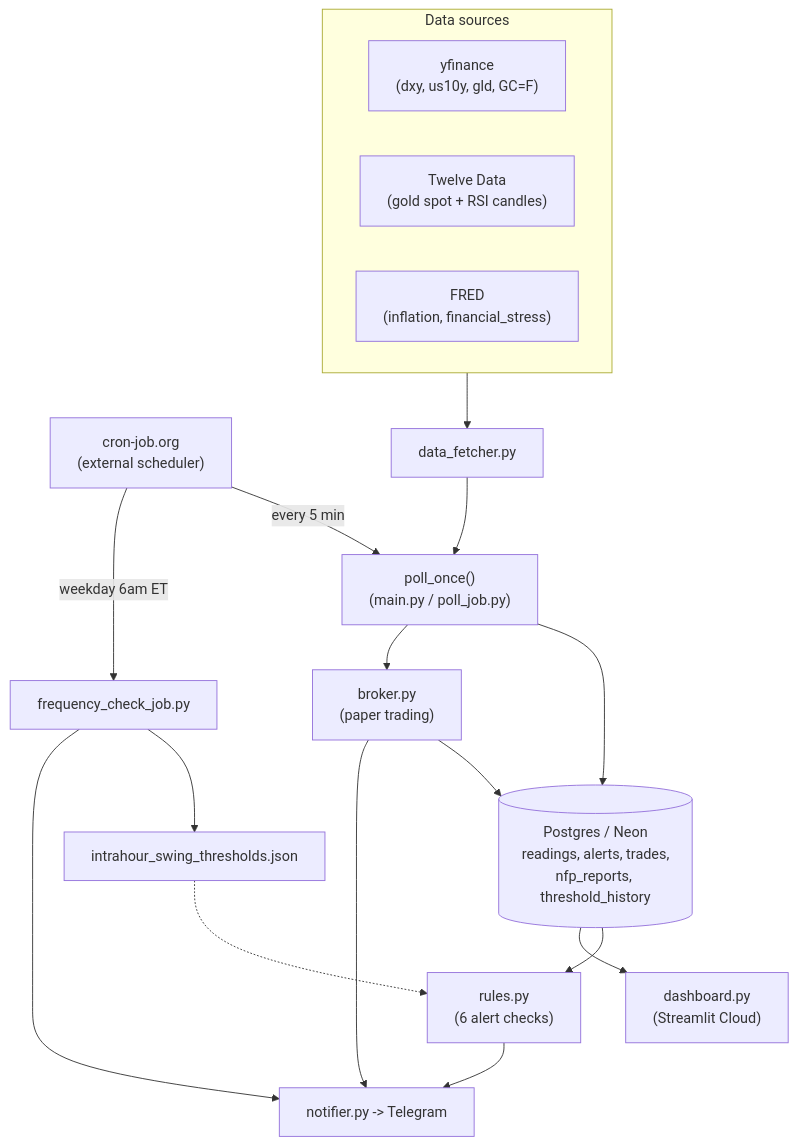
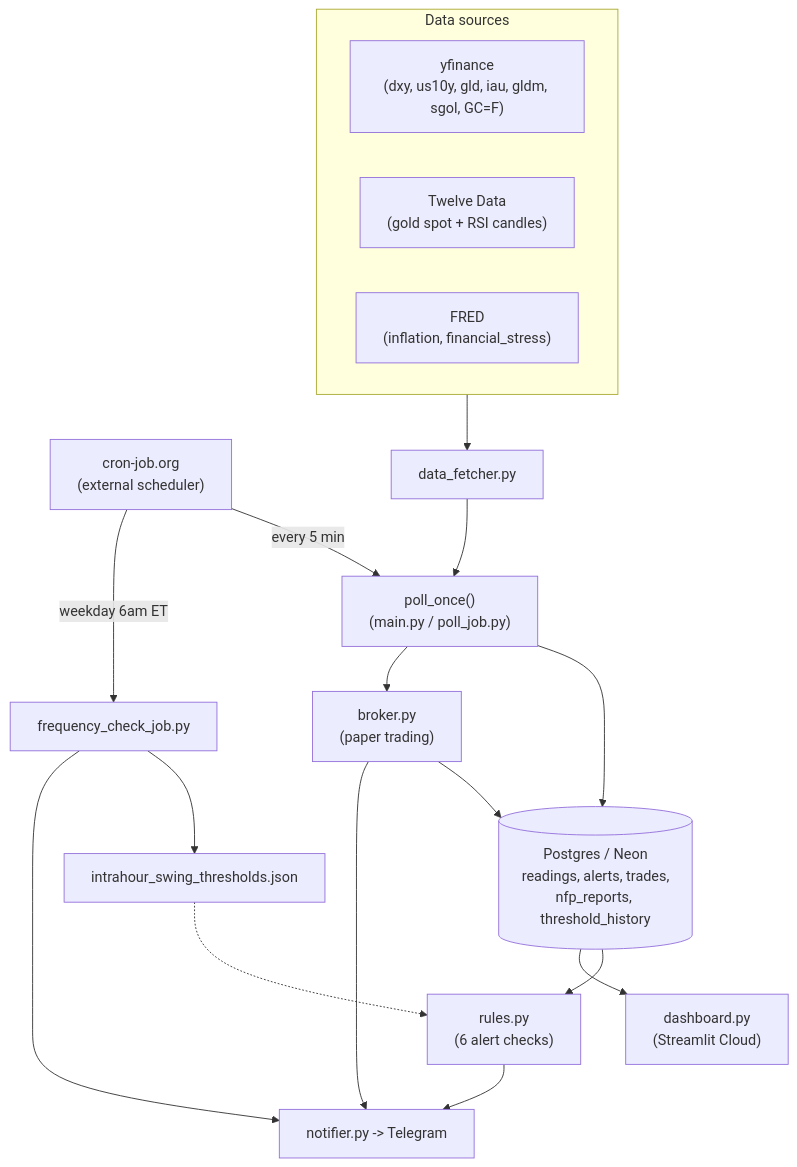
The diagram in docs/diagram.md (Armada86/goldo), drawn with Mermaid before and after one commit. The commit also changed other lines of this file and 18 other files, not shown here.

````diff
--- a/docs/diagram.md
+++ b/docs/diagram.md
@@ -6,26 +6,26 @@
 ```mermaid
 flowchart TD
     subgraph Sources["Data sources"]
-        YF["yfinance\n(dxy, us10y, gld, GC=F)"]
+        YF["yfinance\n(dxy, us10y, gld, iau, gldm, sgol, GC=F)"]
         TD["Twelve Data\n(gold spot + RSI candles)"]
         FRED["FRED\n(inflation, financial_stress)"]
     end
 
     Cron["cron-job.org\n(external scheduler)"] -->|every 5 min| Poll
     Cron -->|weekday 6am ET| FreqCheck["frequency_check_job.py"]
 
     Sources --> Fetcher["data_fetcher.py"]
     Fetcher --> Poll["poll_once()\n(main.py / poll_job.py)"]
     Poll --> DB[("Postgres / Neon\nreadings, alerts, trades,\nnfp_reports, threshold_history")]
     DB --> Rules["rules.py\n(6 alert checks)"]
     Rules --> Telegram["notifier.py -> Telegram"]
     Poll --> Broker["broker.py\n(paper trading)"]
     Broker --> DB
     Broker --> Telegram
 
     DB --> Dashboard["dashboard.py\n(Streamlit Cloud)"]
 
     FreqCheck --> Thresholds["intrahour_swing_thresholds.json"]
     FreqCheck --> Telegram
     Thresholds -.-> Rules
 ```
````
